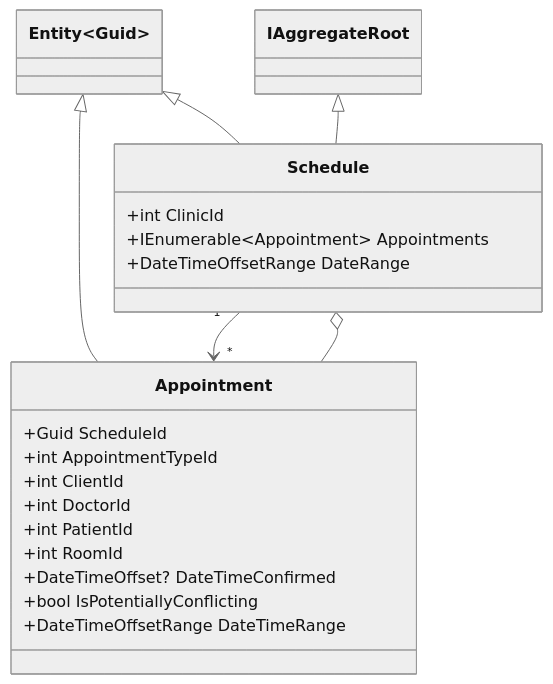
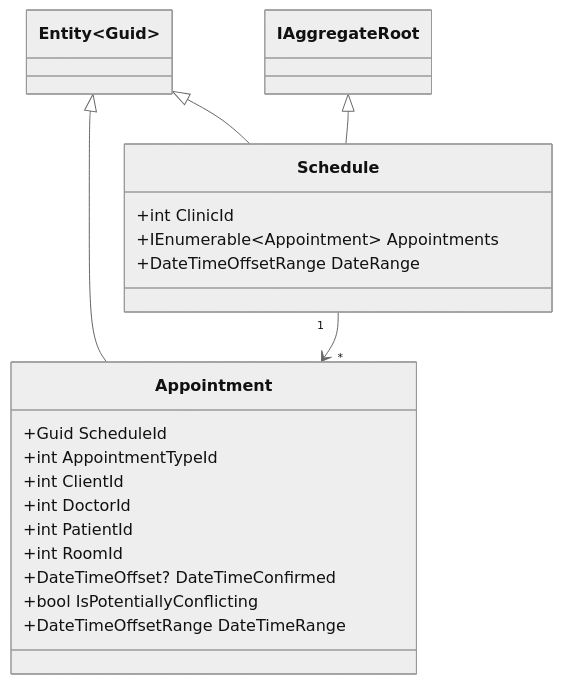
One commit to pirocorp/Object-Oriented-Design changed the fifth of 5 diagrams in 13. DDD/Applying Aggregates and Associations.md. Above: the diagram before and after it, drawn with Mermaid (neutral theme).

Commit message:
Update Applying Aggregates and Associations.md

````diff
--- a/13. DDD/Applying Aggregates and Associations.md
+++ b/13. DDD/Applying Aggregates and Associations.md
@@ -167,25 +167,24 @@
 ```mermaid
   classDiagram
     Schedule "1" --> "*" Appointment
   
     Entity~Guid~ <|-- Appointment
     Entity~Guid~ <|-- Schedule
     IAggregateRoot <|-- Schedule
-    Schedule o-- Appointment
     
     class Schedule
     Schedule : +int ClinicId
     Schedule : +IEnumerable~Appointment~ Appointments
     Schedule : +DateTimeOffsetRange DateRange
     
     class Appointment
     Appointment : +Guid ScheduleId
     Appointment : +int AppointmentTypeId
     Appointment : +int ClientId
     Appointment : +int DoctorId
     Appointment : +int PatientId
     Appointment : +int RoomId
     Appointment : +DateTimeOffset? DateTimeConfirmed
     Appointment : +bool IsPotentiallyConflicting
     Appointment : +DateTimeOffsetRange DateTimeRange
 ```
````
